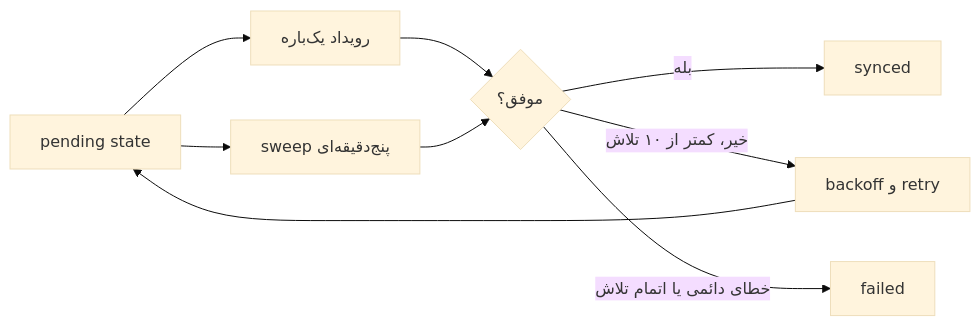
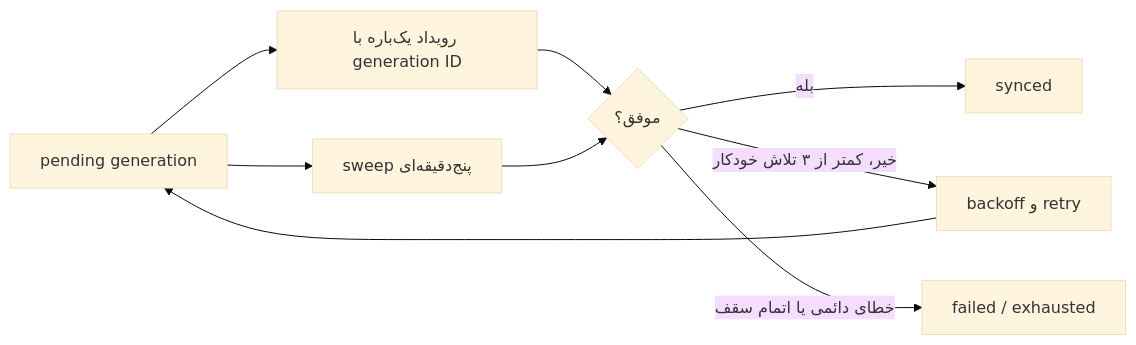
The second of 2 diagrams in docs/14-background-jobs-and-cron.md (nima13831383/visakhan), drawn with Mermaid (base theme) before and after one commit. The commit also changed other lines of this file and 13 other files, not shown here.

````diff
--- a/docs/14-background-jobs-and-cron.md
+++ b/docs/14-background-jobs-and-cron.md
@@ -29,11 +29,11 @@
 ```mermaid
 flowchart LR
- P[pending state] --> O[رویداد یک‌باره]
+ P[pending generation] --> O[رویداد یک‌باره با generation ID]
  O --> R{موفق؟}
  R -->|بله| S[synced]
- R -->|خیر، کمتر از ۱۰ تلاش| B[backoff و retry]
+ R -->|خیر، کمتر از ۳ تلاش خودکار| B[backoff و retry]
  B --> P
  P --> W[sweep پنج‌دقیقه‌ای]
  W --> R
- R -->|خطای دائمی یا اتمام تلاش| F[failed]
+ R -->|خطای دائمی یا اتمام سقف| F[failed / exhausted]
 ```
````
